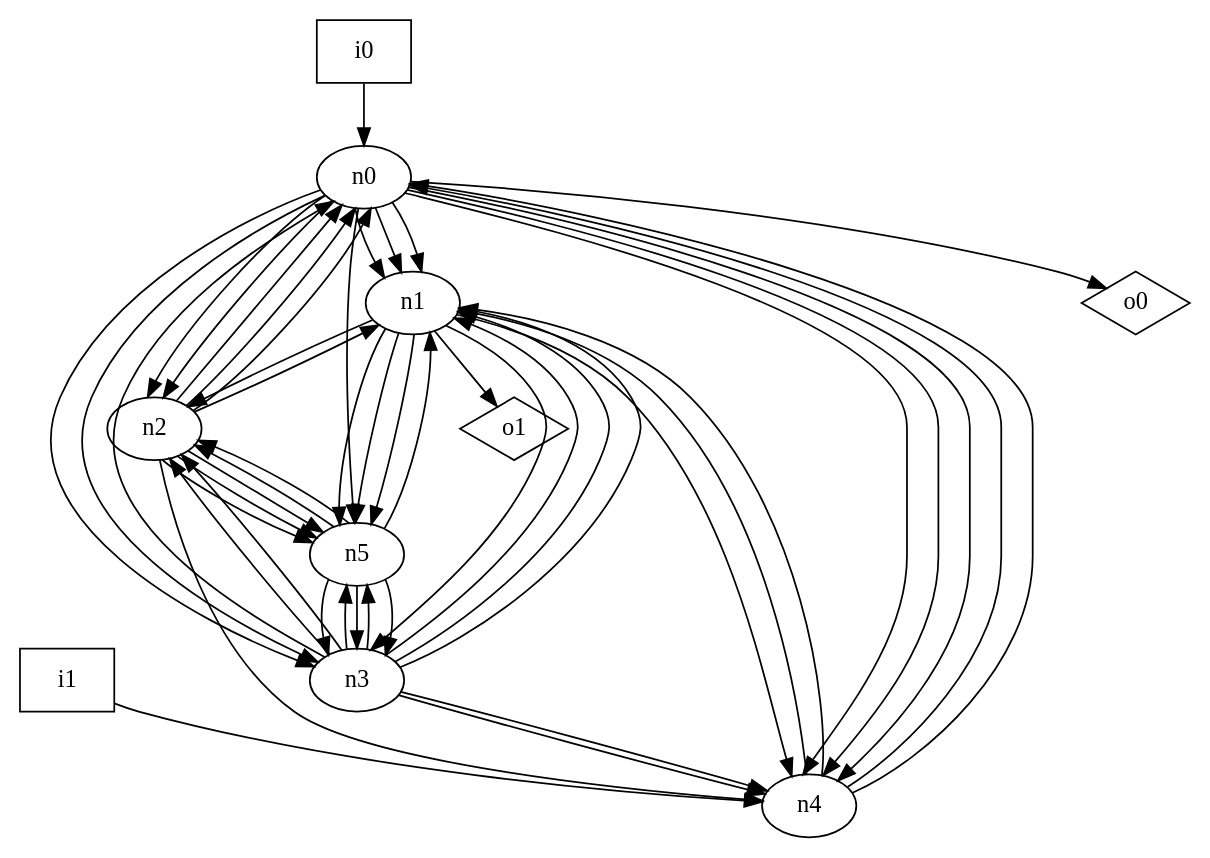
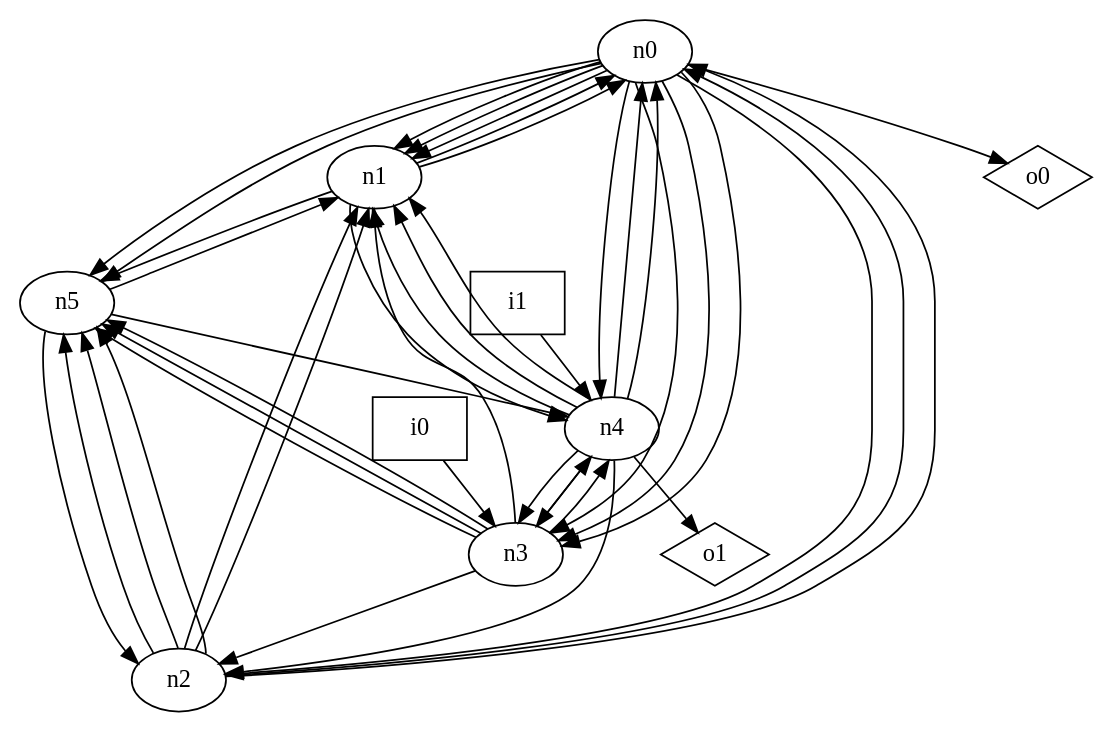
One commit to p9romain/bool-circuits changed the diagram in dot_files/random_graph/loop_free_graph.dot. Above: the diagram before and after it, drawn with Graphviz. The commit also changed 73 other files, not shown here.

```diff
--- a/dot_files/random_graph/loop_free_graph.dot
+++ b/dot_files/random_graph/loop_free_graph.dot
@@ -1,61 +1,55 @@
 digraph G {
 n0 [label="n0"];
 n1 [label="n1"];
 n2 [label="n2"];
 n3 [label="n3"];
 n4 [label="n4"];
 n5 [label="n5"];
 n6 [label="i0",shape="box"];
 n7 [label="i1",shape="box"];
 n8 [label="o0",shape="diamond"];
 n9 [label="o1",shape="diamond"];
 n0 -> n1
 n0 -> n1
 n0 -> n1
 n0 -> n2
-n0 -> n2
+n0 -> n3
 n0 -> n3
 n0 -> n3
 n0 -> n4
-n0 -> n4
-n0 -> n4
+n0 -> n5
 n0 -> n5
 n0 -> n8
-n1 -> n2
-n1 -> n3
+n1 -> n0
+n1 -> n0
 n1 -> n4
 n1 -> n5
-n1 -> n5
-n1 -> n5
-n1 -> n9
-n2 -> n0
 n2 -> n0
 n2 -> n0
 n2 -> n1
-n2 -> n4
+n2 -> n1
 n2 -> n5
 n2 -> n5
 n2 -> n5
-n3 -> n0
 n3 -> n1
-n3 -> n1
-n3 -> n1
-n3 -> n2
 n3 -> n2
 n3 -> n4
 n3 -> n4
+n3 -> n5
 n3 -> n5
 n3 -> n5
 n4 -> n0
 n4 -> n0
 n4 -> n1
 n4 -> n1
+n4 -> n1
+n4 -> n2
+n4 -> n3
+n4 -> n3
+n4 -> n9
 n5 -> n1
 n5 -> n2
-n5 -> n2
-n5 -> n3
-n5 -> n3
-n5 -> n3
-n6 -> n0
+n5 -> n4
+n6 -> n3
 n7 -> n4
 }
```
